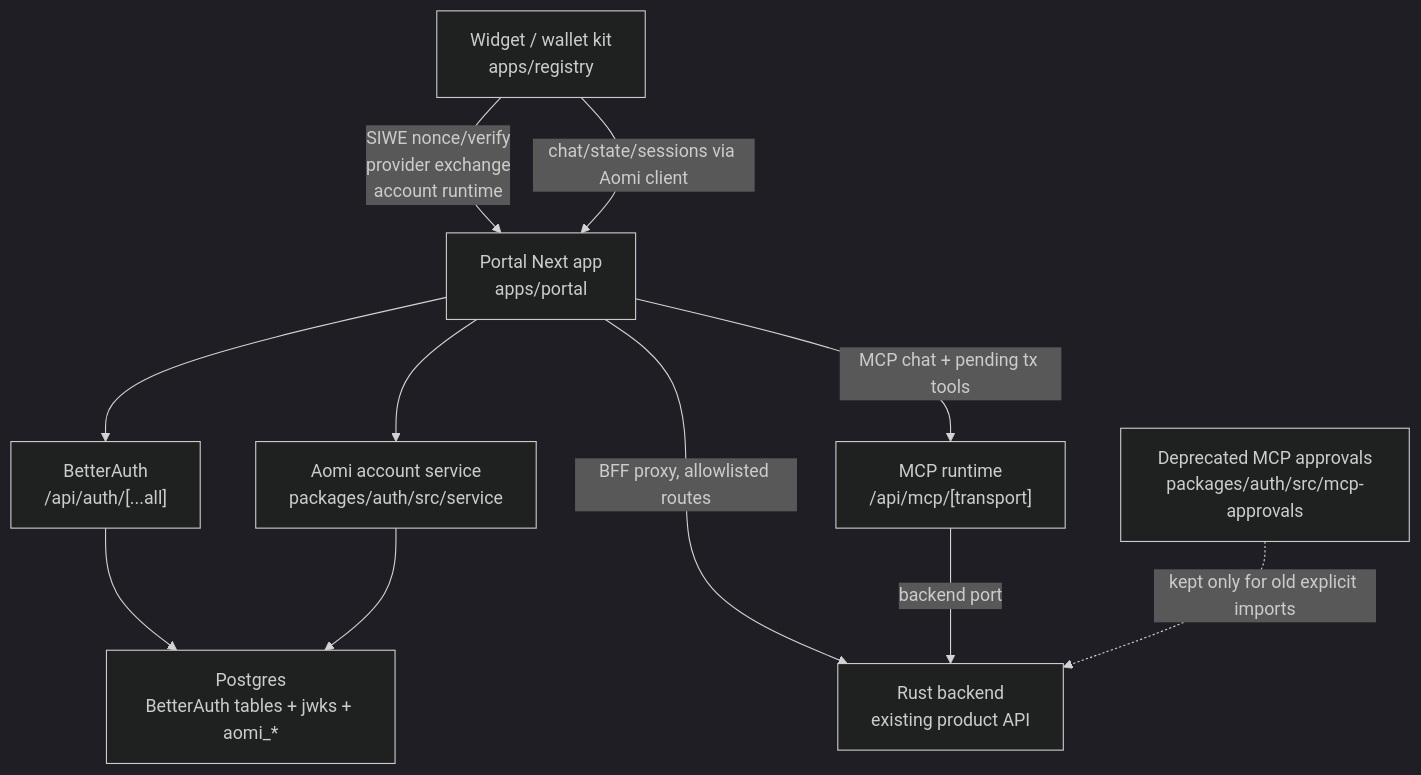
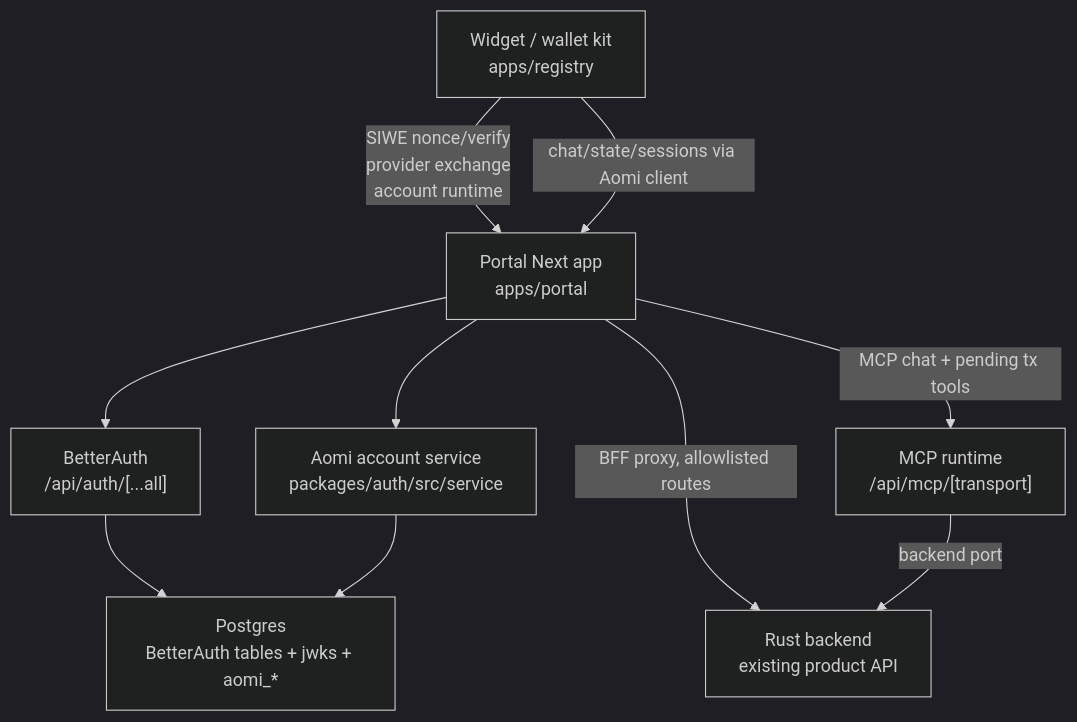
The second of 8 diagrams in specs/WIDGET-AUTH-PLAN.md (aomi-labs/aomi-widget), drawn with Mermaid (dark theme) before and after one commit. The commit also changed other lines of this file and 30 other files, not shown here.

Commit message:
Prune deprecated auth slop

````diff
--- a/specs/WIDGET-AUTH-PLAN.md
+++ b/specs/WIDGET-AUTH-PLAN.md
@@ -192,22 +185,20 @@
 ```mermaid
 flowchart TD
   Widget["Widget / wallet kit<br/>apps/registry"]
   Portal["Portal Next app<br/>apps/portal"]
   Better["BetterAuth<br/>/api/auth/[...all]"]
   Account["Aomi account service<br/>packages/auth/src/service"]
   DB["Postgres<br/>BetterAuth tables + jwks + aomi_*"]
   Rust["Rust backend<br/>existing product API"]
   MCP["MCP runtime<br/>/api/mcp/[transport]"]
-  Legacy["Deprecated MCP approvals<br/>packages/auth/src/mcp-approvals"]
 
   Widget -->|"SIWE nonce/verify<br/>provider exchange<br/>account runtime"| Portal
   Portal --> Better
   Portal --> Account
   Better --> DB
   Account --> DB
   Widget -->|"chat/state/sessions via Aomi client"| Portal
   Portal -->|"BFF proxy, allowlisted routes"| Rust
   Portal -->|"MCP chat + pending tx tools"| MCP
   MCP -->|"backend port"| Rust
-  Legacy -.->|"kept only for old explicit imports"| Rust
 ```
````
